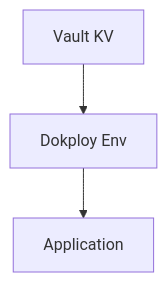
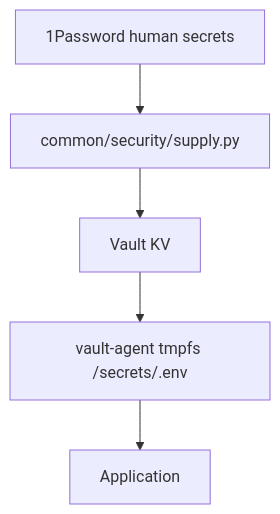
Before and after one commit to wangzitian0/infra2: the diagram in docs/ssot/db.vault-integration.md, drawn with Mermaid. The commit also changed other lines of this file and 12 other files, not shown here.

````diff
--- a/docs/ssot/db.vault-integration.md
+++ b/docs/ssot/db.vault-integration.md
@@ -20,5 +20,7 @@
 ```mermaid
 graph TD
-    VAULT[Vault KV] --> ENV[Dokploy Env]
-    ENV --> APP[Application]
+    OP[1Password human secrets] --> SUPPLY[common/security/supply.py]
+    SUPPLY --> VAULT[Vault KV]
+    VAULT --> AGENT[vault-agent tmpfs /secrets/.env]
+    AGENT --> APP[Application]
 ```
````
